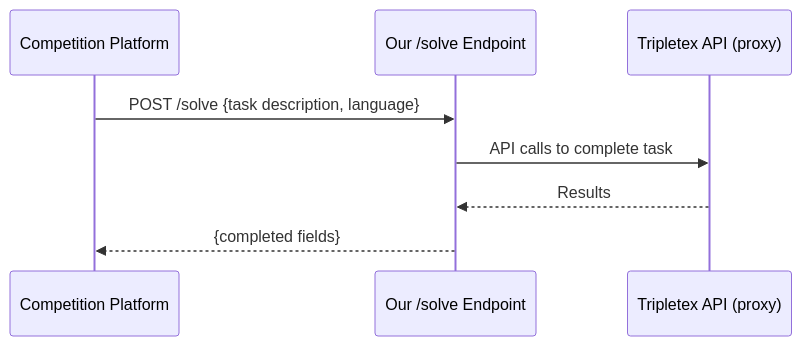
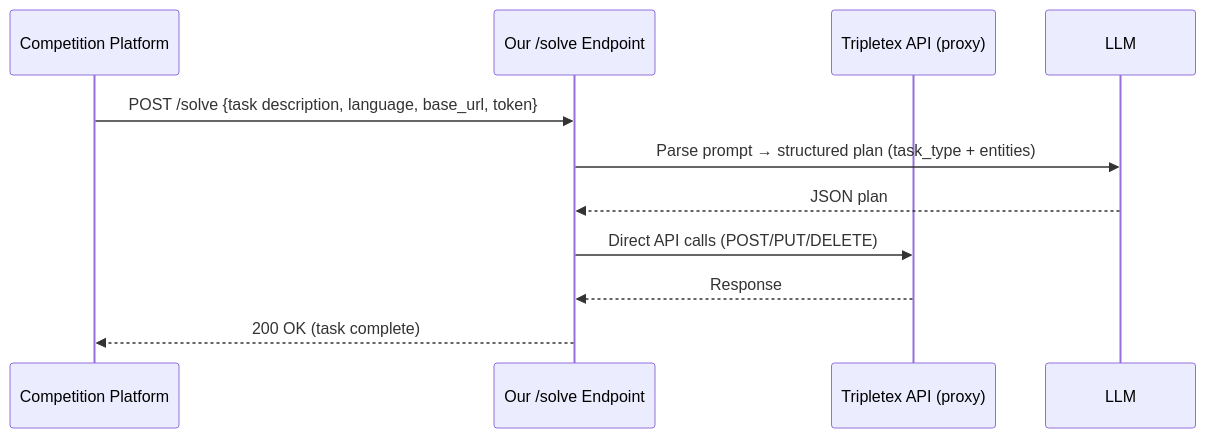
One commit to Stig-Johnny/nm-i-ai-2026 changed the diagram in docs/tasks/task2.md. Above: the diagram before and after it, drawn with Mermaid. The commit also changed other lines of this file and 1 other file, not shown here.

Commit message:
docs: update task2 — handler status, scores, ban history, fix notes

````diff
--- a/docs/tasks/task2.md
+++ b/docs/tasks/task2.md
@@ -20,11 +25,13 @@
 ```mermaid
 sequenceDiagram
     participant Platform as Competition Platform
     participant Agent as Our /solve Endpoint
     participant Tripletex as Tripletex API (proxy)
 
-    Platform->>Agent: POST /solve {task description, language}
-    Agent->>Tripletex: API calls to complete task
-    Tripletex-->>Agent: Results
-    Agent-->>Platform: {completed fields}
+    Platform->>Agent: POST /solve {task description, language, base_url, token}
+    Agent->>LLM: Parse prompt → structured plan (task_type + entities)
+    LLM-->>Agent: JSON plan
+    Agent->>Tripletex: Direct API calls (POST/PUT/DELETE)
+    Tripletex-->>Agent: Response
+    Agent-->>Platform: 200 OK (task complete)
 ```
````
